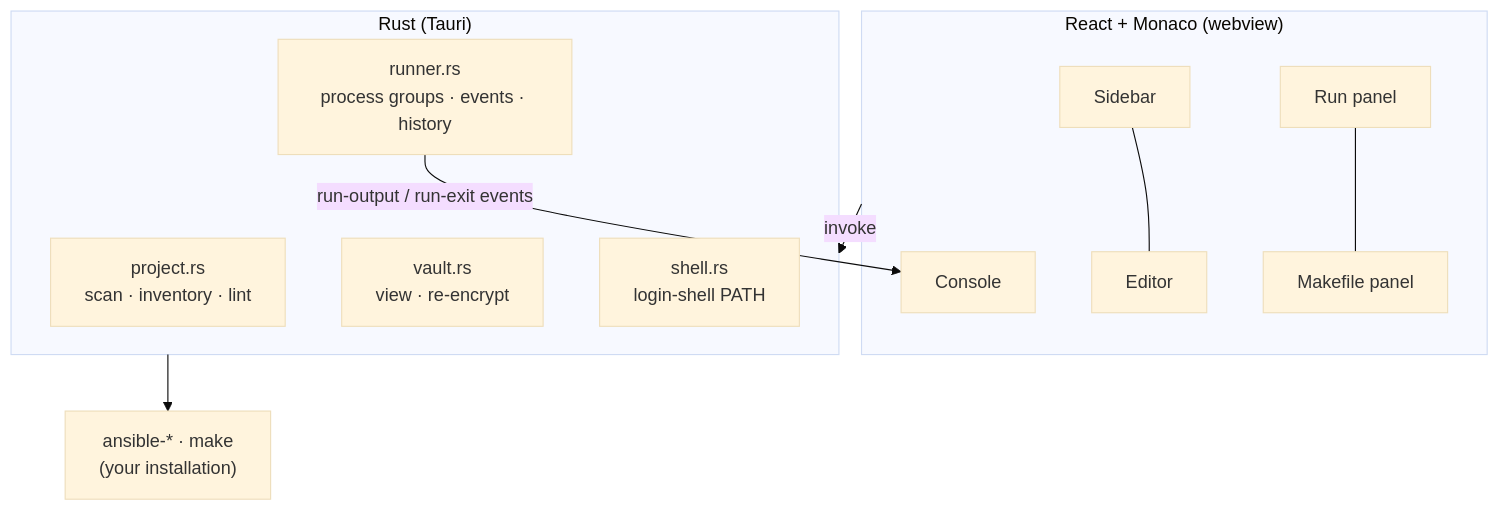
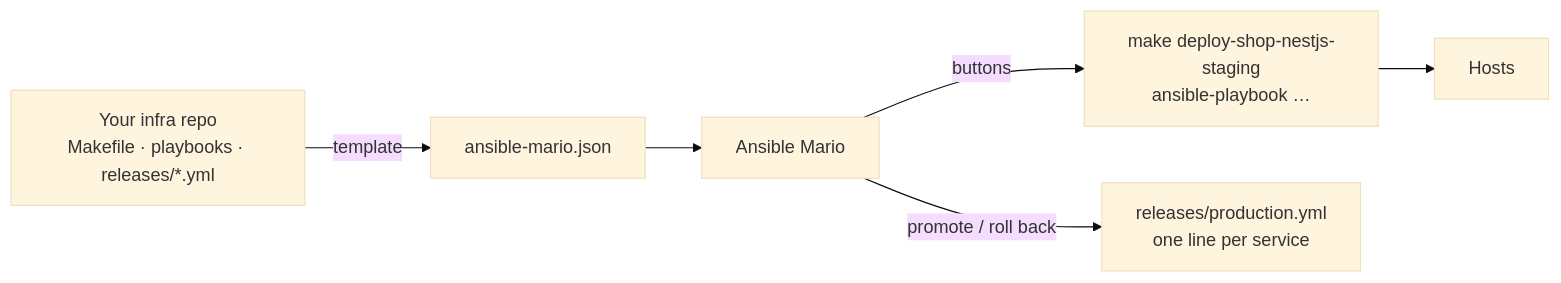
The diagram in README.md (mariocosttaa/tillerdeck), drawn with Mermaid (base theme) before and after one commit. The commit also changed other lines of this file and 10 other files, not shown here.

````diff
--- a/README.md
+++ b/README.md
@@ -126,17 +40,8 @@
 ```mermaid
-flowchart TB
-  subgraph UI["React + Monaco (webview)"]
-    S[Sidebar] --- E[Editor]
-    R[Run panel] --- M[Makefile panel]
-    C[Console]
-  end
-  subgraph Core["Rust (Tauri)"]
-    P[project.rs<br/>scan · inventory · lint]
-    V[vault.rs<br/>view · re-encrypt]
-    RN[runner.rs<br/>process groups · events · history]
-    SH[shell.rs<br/>login-shell PATH]
-  end
-  UI -- invoke --> Core
-  RN -- run-output / run-exit events --> C
-  Core --> CLI["ansible-* · make<br/>(your installation)"]
+flowchart LR
+  R[Your infra repo<br/>Makefile · playbooks · releases/*.yml] -->|template| M[ansible-mario.json]
+  M --> A[Ansible Mario]
+  A -->|buttons| C["make deploy-shop-nestjs-staging<br/>ansible-playbook …"]
+  C --> H[Hosts]
+  A -->|promote / roll back| REL[releases/production.yml<br/>one line per service]
 ```
````
